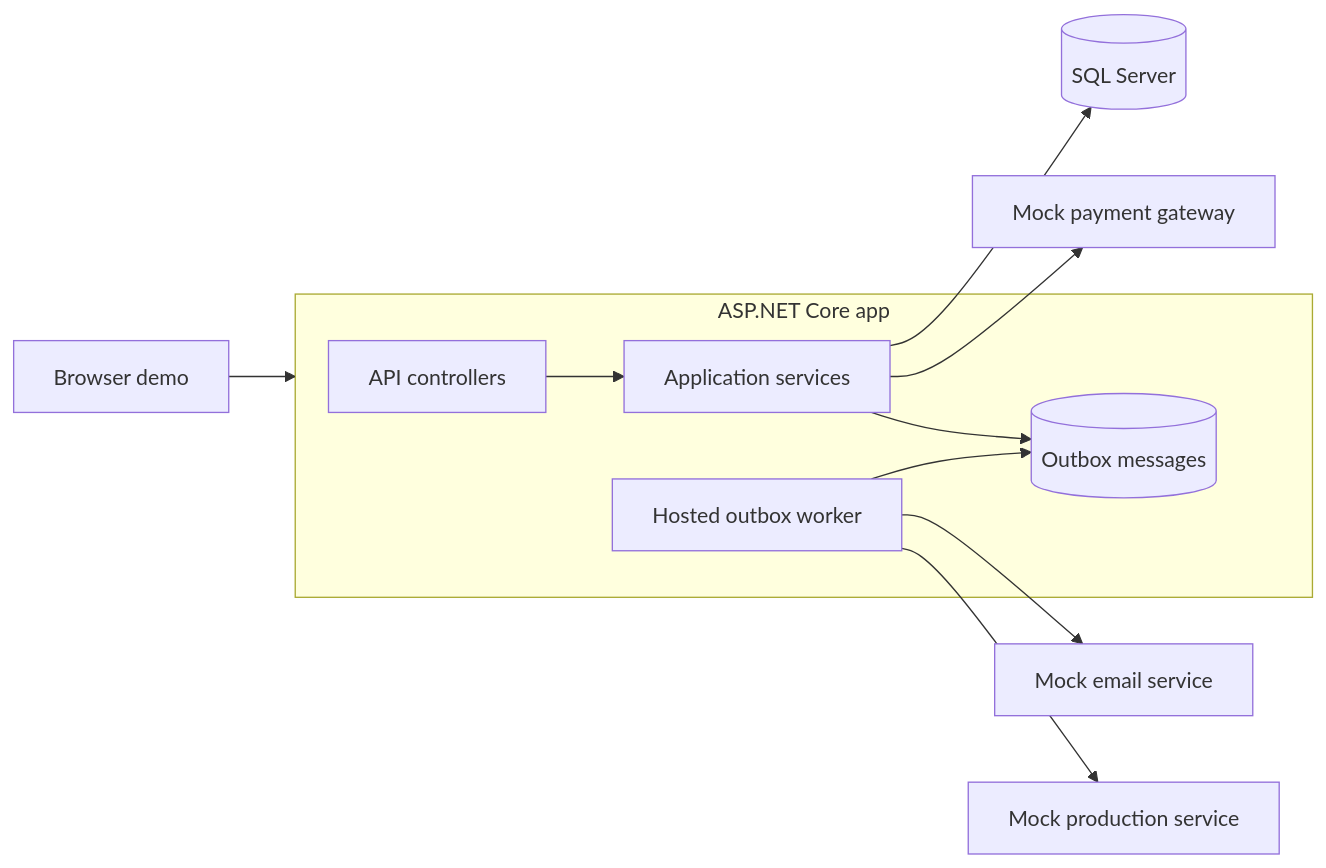
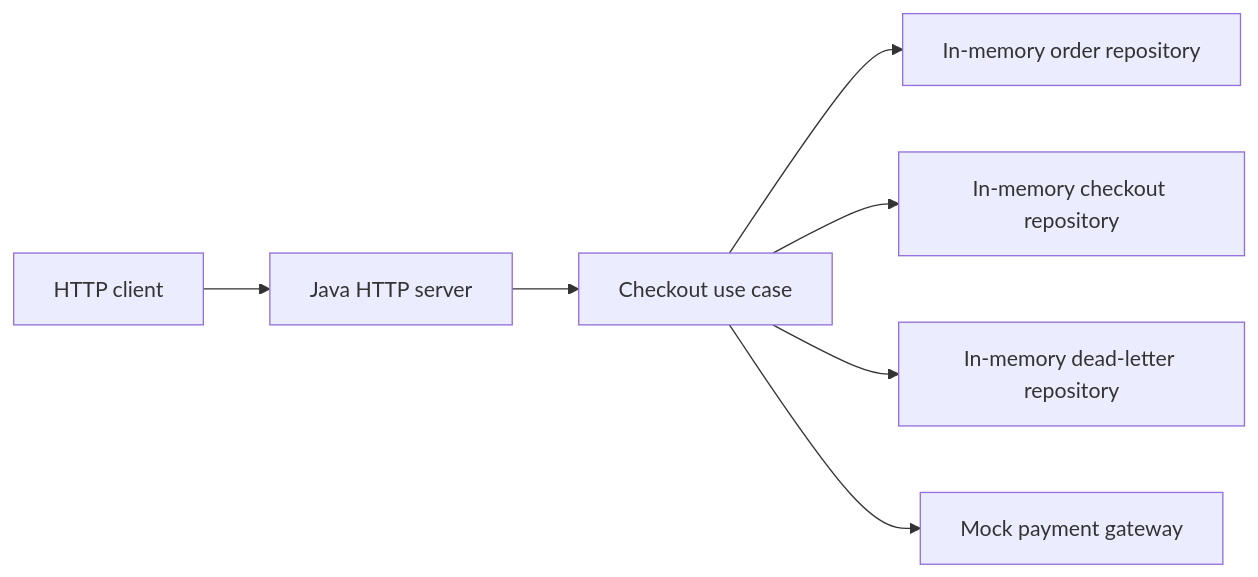
The diagram in docs/02-system-design.md (bm295/ManagementPlatform), drawn with Mermaid before and after one commit. The commit also changed other lines of this file and 80 other files, not shown here.

````diff
--- a/docs/02-system-design.md
+++ b/docs/02-system-design.md
@@ -15,17 +11,9 @@
 ```mermaid
 flowchart LR
-    Browser[Browser demo] --> Api[ASP.NET Core app]
-    subgraph Api [ASP.NET Core app]
-        Controllers[API controllers]
-        App[Application services]
-        Worker[Hosted outbox worker]
-        Outbox[(Outbox messages)]
-    end
-    Controllers --> App
-    App --> Db[(SQL Server)]
-    App --> Payment[Mock payment gateway]
-    App --> Outbox
-    Worker --> Outbox
-    Worker --> Email[Mock email service]
-    Worker --> Production[Mock production service]
+    Client[HTTP client] --> Api[Java HTTP server]
+    Api --> UseCase[Checkout use case]
+    UseCase --> Orders[In-memory order repository]
+    UseCase --> Checkouts[In-memory checkout repository]
+    UseCase --> DeadLetters[In-memory dead-letter repository]
+    UseCase --> Payment[Mock payment gateway]
 ```
````
